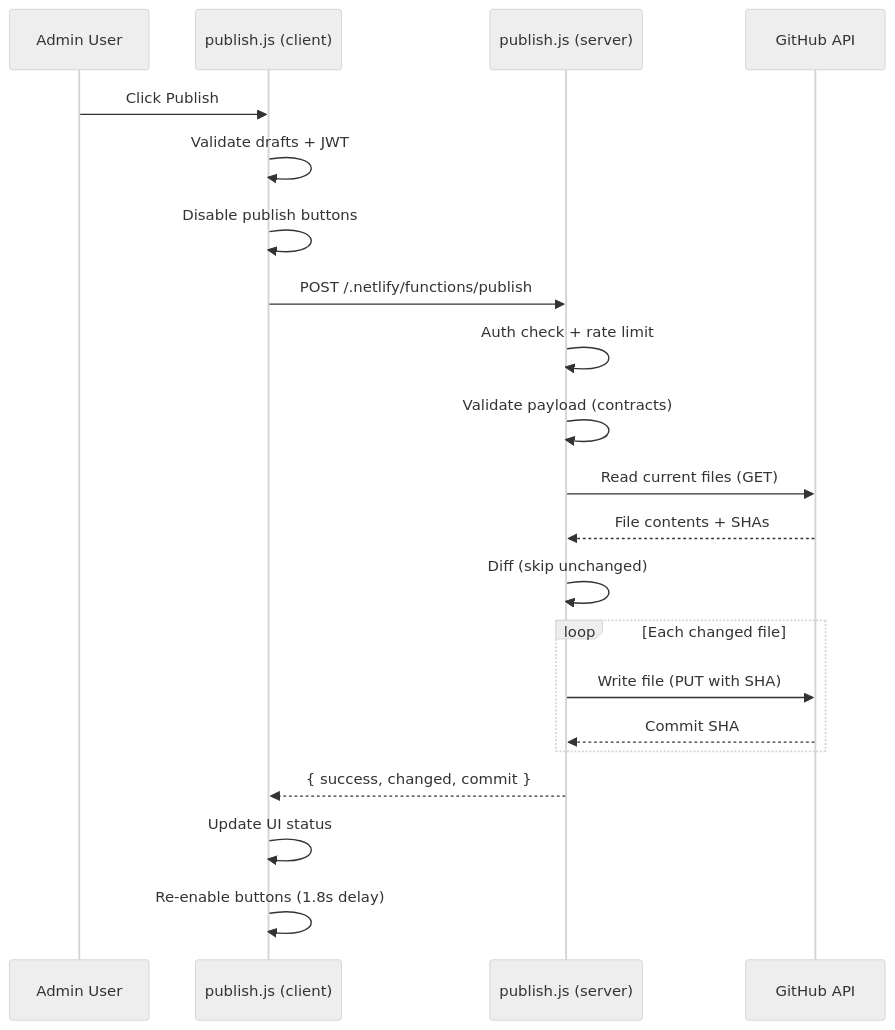
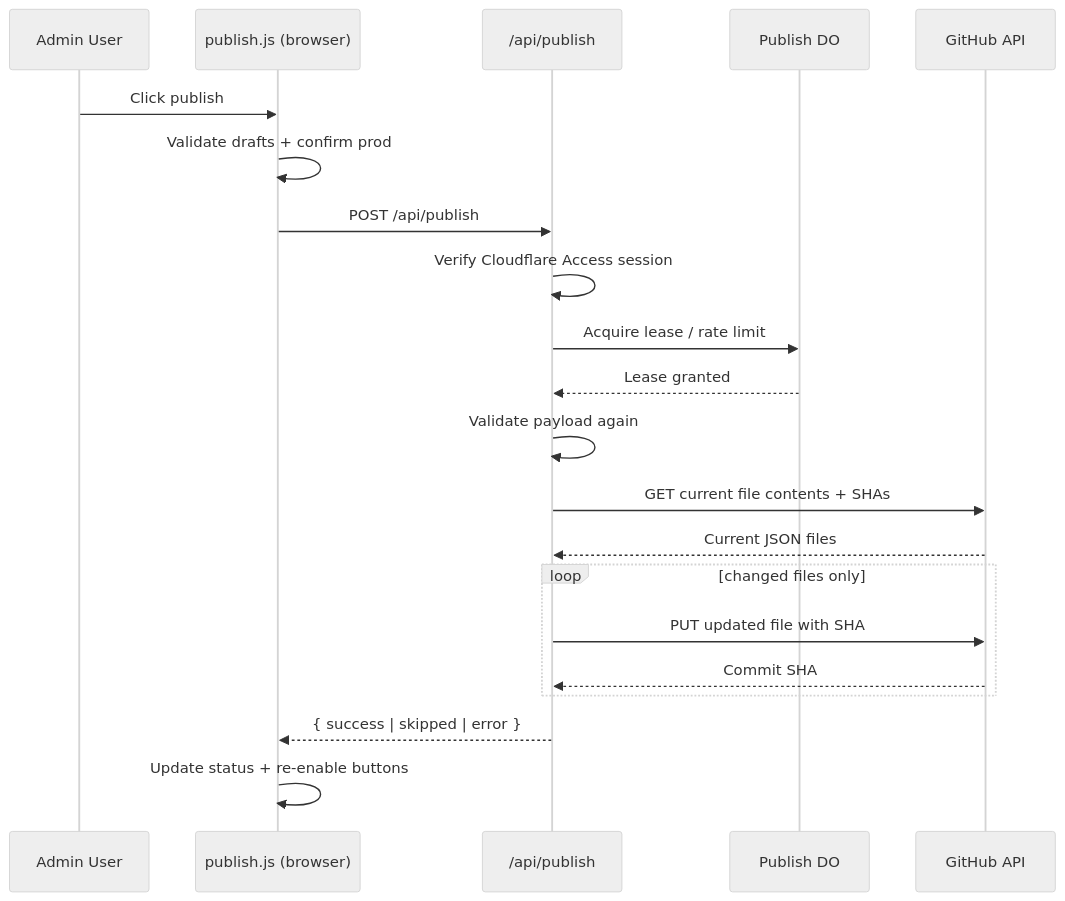
Before and after one commit to AlbertUrena/figata: the diagram in docs/developers/workflows/publish-pipeline.md, drawn with Mermaid (neutral theme). The commit also changed other lines of this file and 188 other files, not shown here.

````diff
--- a/docs/developers/workflows/publish-pipeline.md
+++ b/docs/developers/workflows/publish-pipeline.md
@@ -75,24 +60,24 @@
 ```mermaid
 sequenceDiagram
   participant User as Admin User
-  participant Client as publish.js (client)
-  participant Server as publish.js (server)
+  participant Client as publish.js (browser)
+  participant Worker as /api/publish
+  participant Lock as Publish DO
   participant GitHub as GitHub API
 
-  User->>Client: Click Publish
-  Client->>Client: Validate drafts + JWT
-  Client->>Client: Disable publish buttons
-  Client->>Server: POST /.netlify/functions/publish
-  Server->>Server: Auth check + rate limit
-  Server->>Server: Validate payload (contracts)
-  Server->>GitHub: Read current files (GET)
-  GitHub-->>Server: File contents + SHAs
-  Server->>Server: Diff (skip unchanged)
-  loop Each changed file
-    Server->>GitHub: Write file (PUT with SHA)
-    GitHub-->>Server: Commit SHA
+  User->>Client: Click publish
+  Client->>Client: Validate drafts + confirm prod
+  Client->>Worker: POST /api/publish
+  Worker->>Worker: Verify Cloudflare Access session
+  Worker->>Lock: Acquire lease / rate limit
+  Lock-->>Worker: Lease granted
+  Worker->>Worker: Validate payload again
+  Worker->>GitHub: GET current file contents + SHAs
+  GitHub-->>Worker: Current JSON files
+  loop changed files only
+    Worker->>GitHub: PUT updated file with SHA
+    GitHub-->>Worker: Commit SHA
   end
-  Server-->>Client: { success, changed, commit }
-  Client->>Client: Update UI status
-  Client->>Client: Re-enable buttons (1.8s delay)
+  Worker-->>Client: { success | skipped | error }
+  Client->>Client: Update status + re-enable buttons
 ```
````
